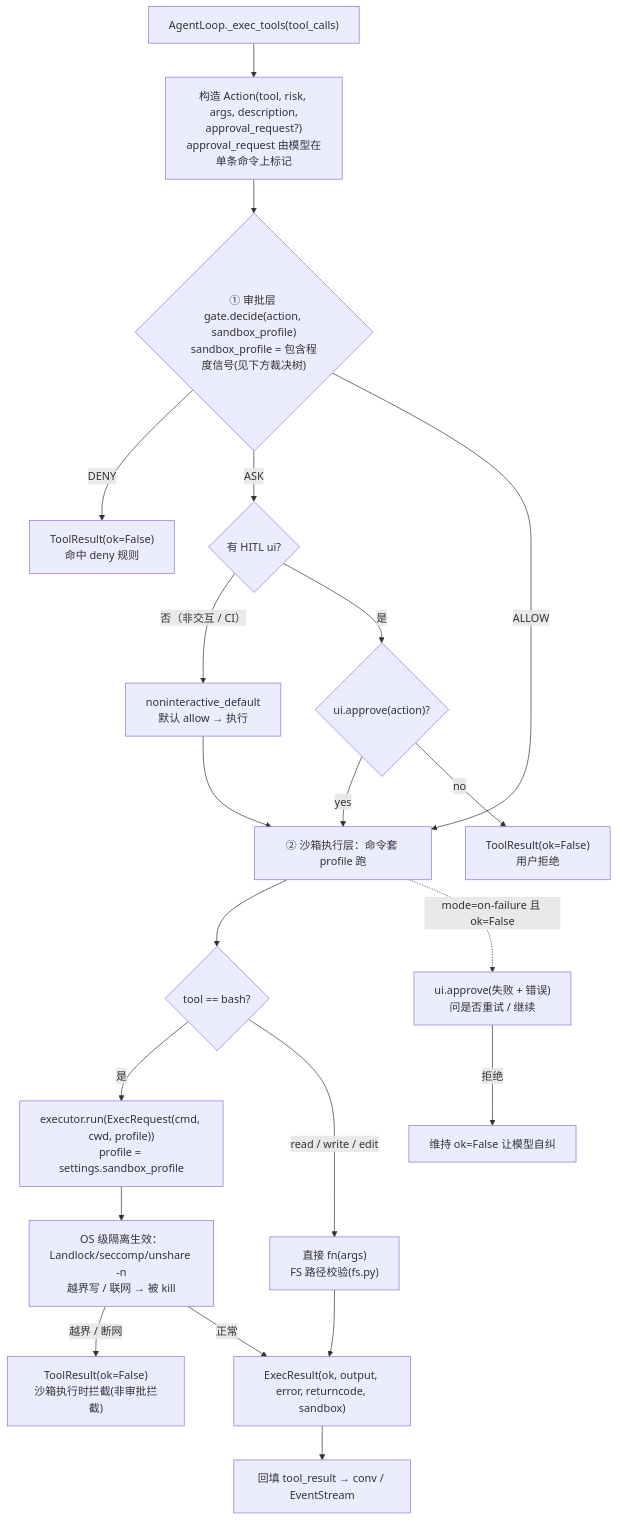
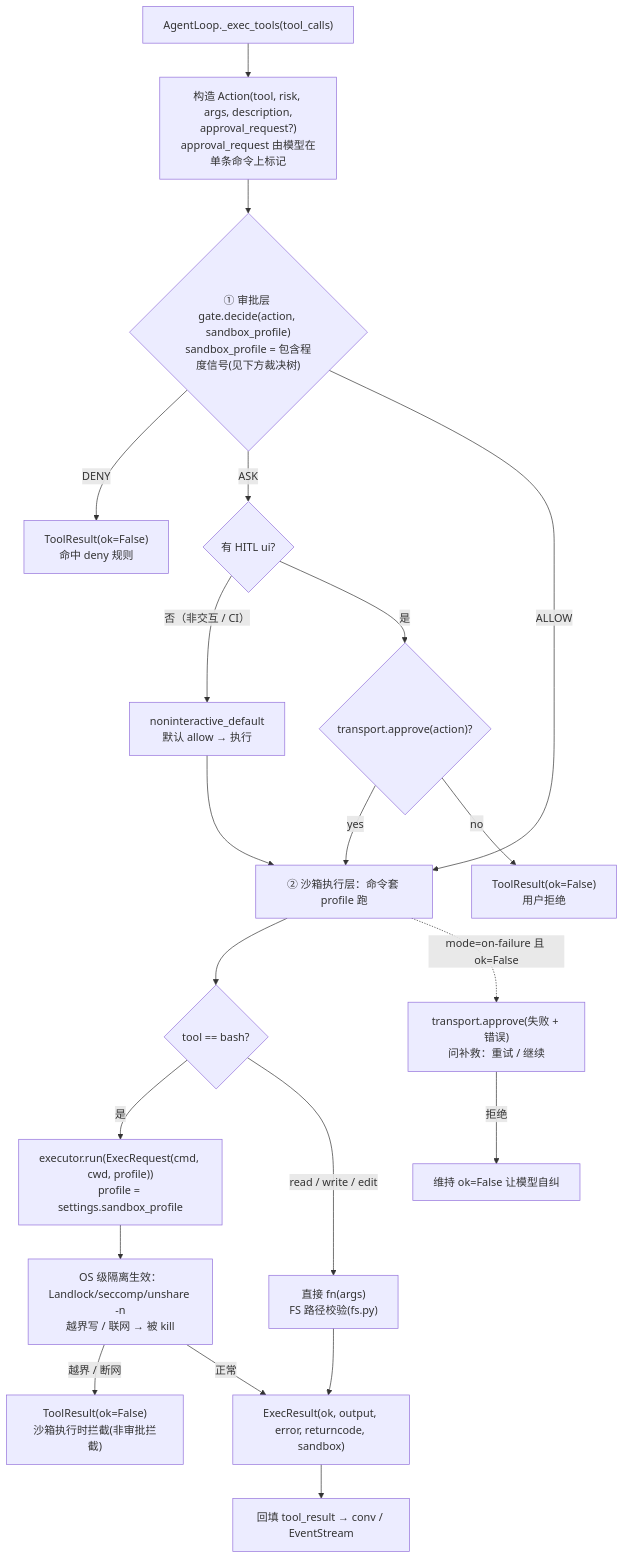
One commit to SyncFunc/work-agent changed the first of 3 diagrams in knowledge/sandbox-approval-design.md. Above: the diagram before and after it, drawn with Mermaid. The commit also changed other lines of this file and 8 other files, not shown here.

Commit message:
docs: 修正 HITL 契约引用（SessionUI→AgentTransport/TerminalTransport）并澄清 on-failure 补救语义

````diff
--- a/knowledge/sandbox-approval-design.md
+++ b/knowledge/sandbox-approval-design.md
@@ -321,24 +321,24 @@
 ```mermaid
 flowchart TD
     Start["AgentLoop._exec_tools(tool_calls)"] --> Act["构造 Action(tool, risk, args, description,<br/>approval_request?)<br/>approval_request 由模型在单条命令上标记"]
     Act --> Gate{"① 审批层 gate.decide(action, sandbox_profile)<br/>sandbox_profile = 包含程度信号(见下方裁决树)"}
     Gate -- "DENY" --> DX["ToolResult(ok=False)<br/>命中 deny 规则"]
     Gate -- "ASK" --> HITL{"有 HITL ui?"}
     HITL -- "否（非交互 / CI）" --> NID["noninteractive_default<br/>默认 allow → 执行"]
-    HITL -- "是" --> Ask{"ui.approve(action)?"}
+    HITL -- "是" --> Ask{"transport.approve(action)?"}
     Ask -- "yes" --> Exec
     Ask -- "no" --> RX["ToolResult(ok=False)<br/>用户拒绝"]
     Gate -- "ALLOW" --> Exec["② 沙箱执行层：命令套 profile 跑"]
     NID --> Exec
     Exec --> IsBash{"tool == bash?"}
     IsBash -- "是" --> Run["executor.run(ExecRequest(cmd, cwd, profile))<br/>profile = settings.sandbox_profile"]
     IsBash -- "read / write / edit" --> FS["直接 fn(args)<br/>FS 路径校验(fs.py)"]
     Run --> Sand["OS 级隔离生效：Landlock/seccomp/unshare -n<br/>越界写 / 联网 → 被 kill"]
     Sand -- "越界 / 断网" --> SK["ToolResult(ok=False)<br/>沙箱执行时拦截(非审批拦截)"]
     Sand -- "正常" --> Res["ExecResult(ok, output, error, returncode, sandbox)"]
     FS --> Res
     Res --> End["回填 tool_result → conv / EventStream"]
 
-    Exec -. "mode=on-failure 且 ok=False" .-> OF["ui.approve(失败 + 错误)<br/>问是否重试 / 继续"]
+    Exec -. "mode=on-failure 且 ok=False" .-> OF["transport.approve(失败 + 错误)<br/>问补救：重试 / 继续"]
     OF -- "拒绝" --> OFX["维持 ok=False 让模型自纠"]
 ```
````
